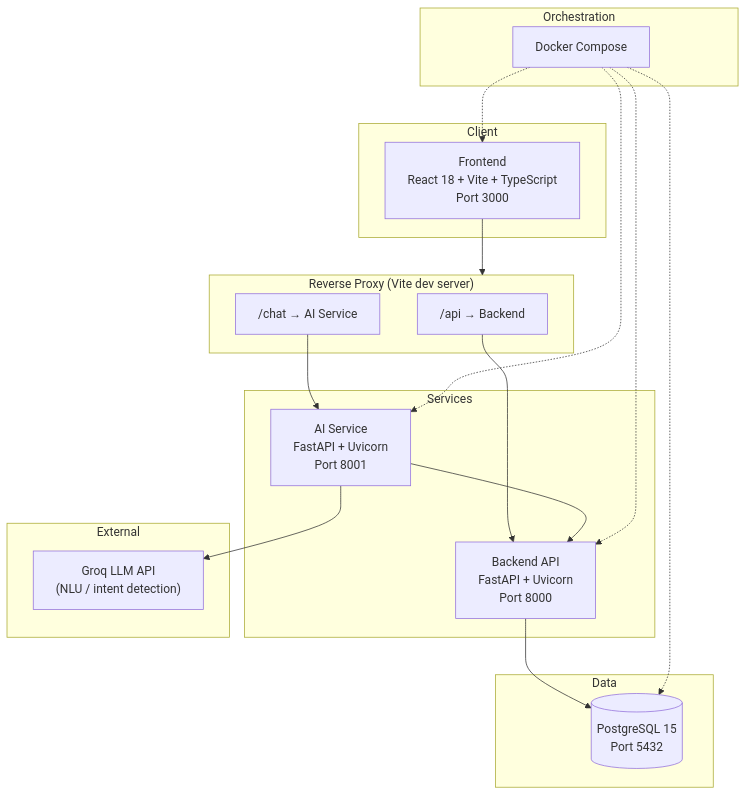
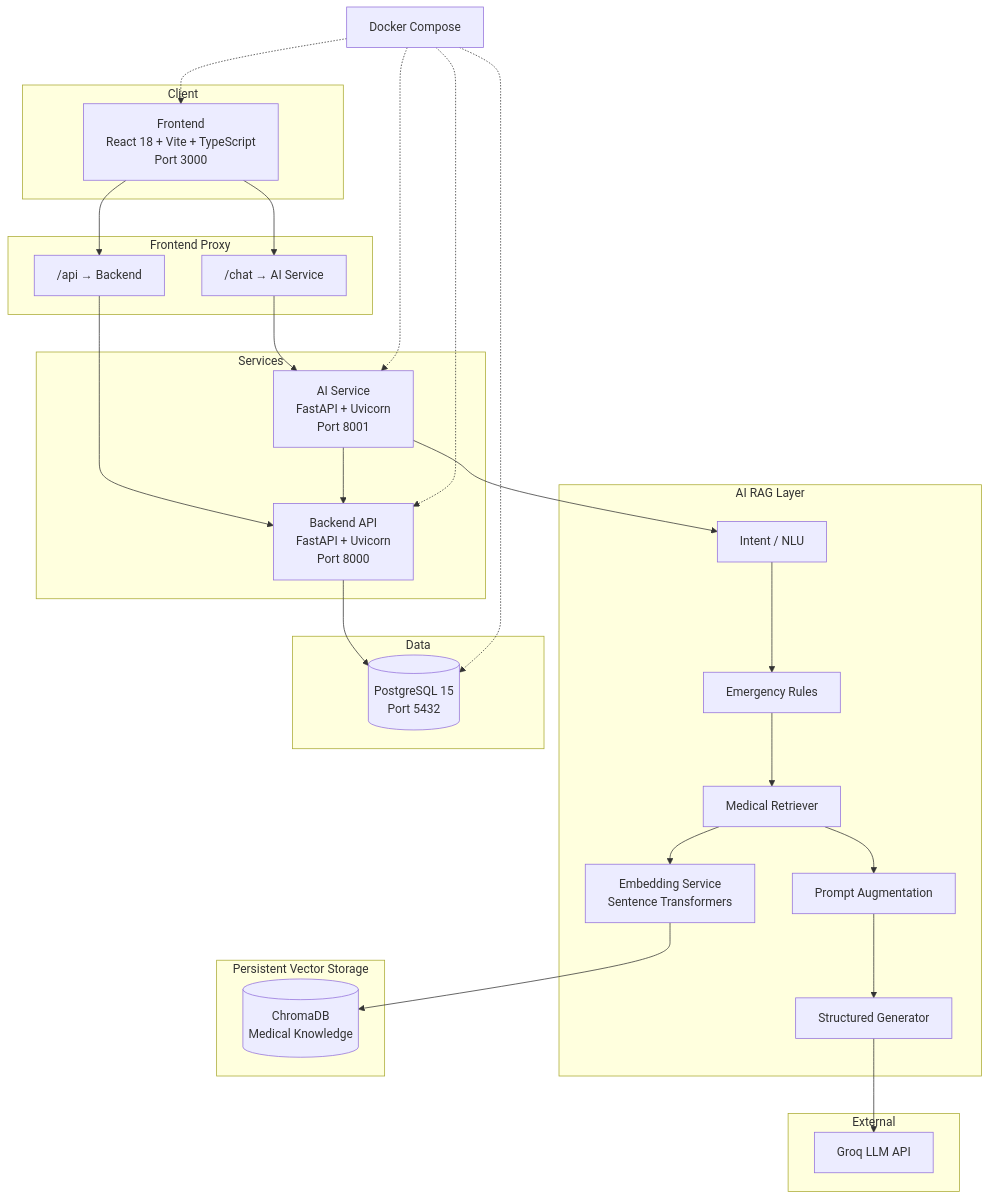
The first of 2 diagrams in README.md (Mzaq1559/MEDIBOOK_AI), drawn with Mermaid before and after one commit. The commit also changed other lines of this file, not shown here.

````diff
--- a/README.md
+++ b/README.md
@@ -102,39 +270,64 @@
 ```mermaid
 flowchart TB
+
     subgraph Client
         FE["Frontend<br/>React 18 + Vite + TypeScript<br/>Port 3000"]
     end
 
-    subgraph Proxy["Reverse Proxy (Vite dev server)"]
+    subgraph Proxy["Frontend Proxy"]
         P1["/api → Backend"]
         P2["/chat → AI Service"]
     end
 
     subgraph Services
         BE["Backend API<br/>FastAPI + Uvicorn<br/>Port 8000"]
         AI["AI Service<br/>FastAPI + Uvicorn<br/>Port 8001"]
     end
 
+    subgraph RAG["AI RAG Layer"]
+        NLU["Intent / NLU"]
+        SAFE["Emergency Rules"]
+        EMB["Embedding Service<br/>Sentence Transformers"]
+        RET["Medical Retriever"]
+        AUG["Prompt Augmentation"]
+        GEN["Structured Generator"]
+    end
+
+    subgraph Vector["Persistent Vector Storage"]
+        CHROMA[("ChromaDB<br/>Medical Knowledge")]
+    end
+
     subgraph Data
         PG[("PostgreSQL 15<br/>Port 5432")]
     end
 
     subgraph External
-        GROQ["Groq LLM API<br/>(NLU / intent detection)"]
+        GROQ["Groq LLM API"]
     end
 
-    subgraph Orchestration
-        DC["Docker Compose"]
-    end
+    FE --> P1
+    FE --> P2
 
-    FE --> Proxy
     P1 --> BE
     P2 --> AI
+
     BE --> PG
+
+    AI --> NLU
+    NLU --> SAFE
+
+    SAFE --> RET
+    RET --> EMB
+    EMB --> CHROMA
+
+    RET --> AUG
+    AUG --> GEN
+    GEN --> GROQ
+
     AI --> BE
-    AI --> GROQ
-    DC -.-> FE
+
+    DC["Docker Compose"] -.-> FE
     DC -.-> BE
     DC -.-> AI
     DC -.-> PG
 ```
````
